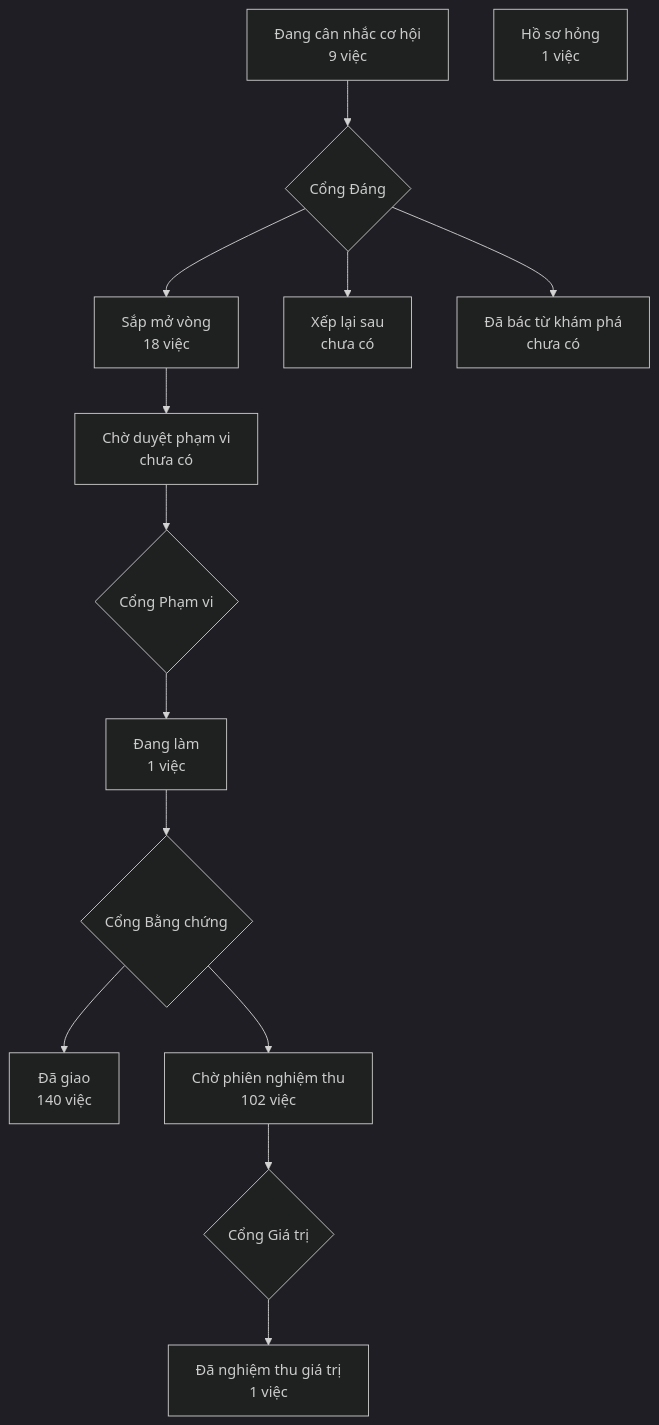
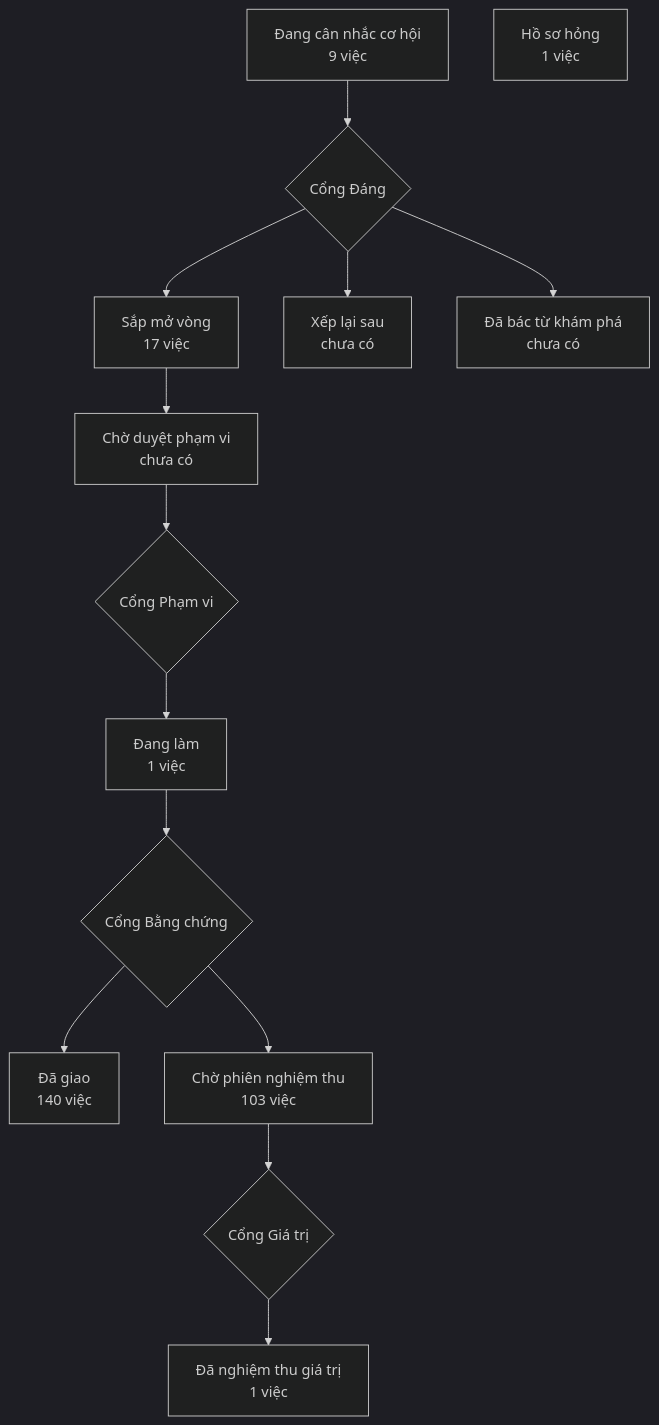
Before and after one commit to phanlemanh/crm-onehub: the diagram in PRODUCT-MAP.md, drawn with Mermaid (dark theme). The commit also changed 1 other file, not shown here.

Commit message:
chore: vẽ lại bản đồ sản phẩm trên bản sạch sau gộp onehub 4b7f07936

````diff
--- a/PRODUCT-MAP.md
+++ b/PRODUCT-MAP.md
@@ -7,13 +7,13 @@
 ```mermaid
 flowchart TD
   A["Đang cân nhắc cơ hội<br/>9 việc"] --> GD{"Cổng Đáng"}
-  GD --> B["Sắp mở vòng<br/>18 việc"]
+  GD --> B["Sắp mở vòng<br/>17 việc"]
   GD --> XL["Xếp lại sau<br/>chưa có"]
   GD --> DB["Đã bác từ khám phá<br/>chưa có"]
   B --> CD["Chờ duyệt phạm vi<br/>chưa có"] --> GP{"Cổng Phạm vi"}
   GP --> DL["Đang làm<br/>1 việc"] --> GB{"Cổng Bằng chứng"}
   GB --> DG["Đã giao<br/>140 việc"]
-  GB --> CN["Chờ phiên nghiệm thu<br/>102 việc"] --> GG{"Cổng Giá trị"}
+  GB --> CN["Chờ phiên nghiệm thu<br/>103 việc"] --> GG{"Cổng Giá trị"}
   GG --> NT["Đã nghiệm thu giá trị<br/>1 việc"]
   HS["Hồ sơ hỏng<br/>1 việc"]
 ```
````
